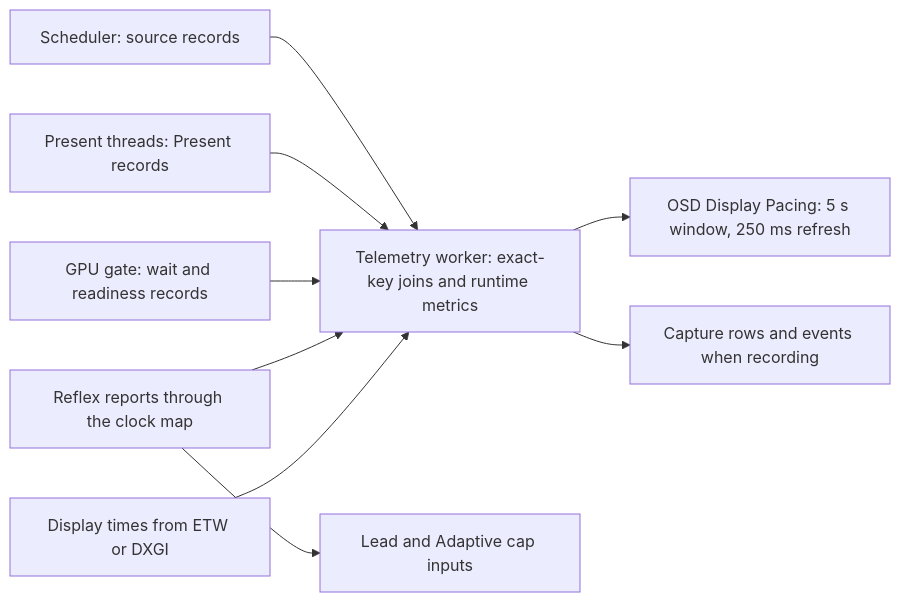
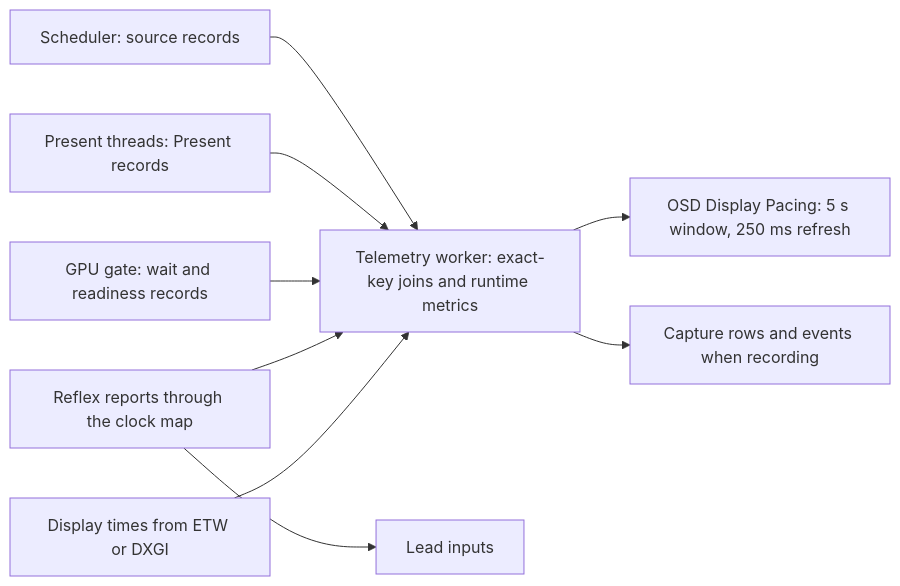
Before and after one commit to RankFTW/ReLimiter: diagram 11 of 11 in docs/FRAME_PACING.md, drawn with Mermaid. The commit also changed other lines of this file and 32 other files, not shown here.

````diff
--- a/docs/FRAME_PACING.md
+++ b/docs/FRAME_PACING.md
@@ -574,11 +522,11 @@
 ```mermaid
 flowchart LR
     SRC["Scheduler: source records"] --> W
     PRS["Present threads: Present records"] --> W
     GATE["GPU gate: wait and readiness records"] --> W
     RFX["Reflex reports through the clock map"] --> W
     DSP["Display times from ETW or DXGI"] --> W
     W["Telemetry worker: exact-key joins and runtime metrics"] --> OSD["OSD Display Pacing: 5 s window, 250 ms refresh"]
     W --> CSV["Capture rows and events when recording"]
-    RFX --> LEAD["Lead and Adaptive cap inputs"]
+    RFX --> LEAD["Lead inputs"]
 ```
````
